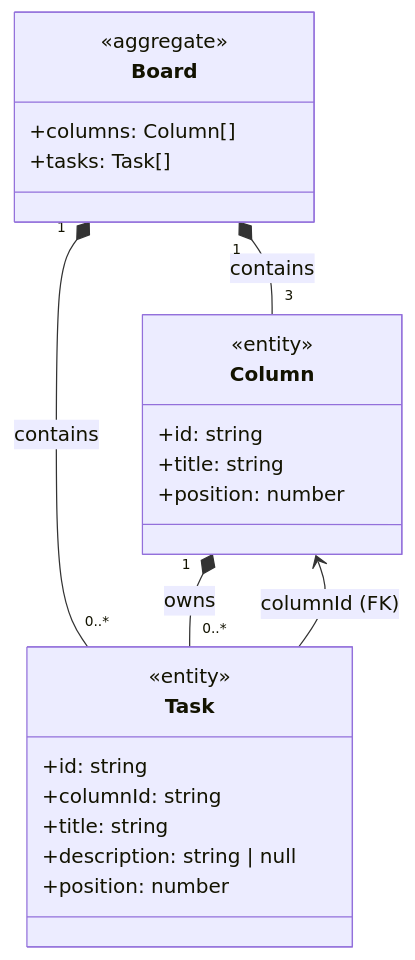
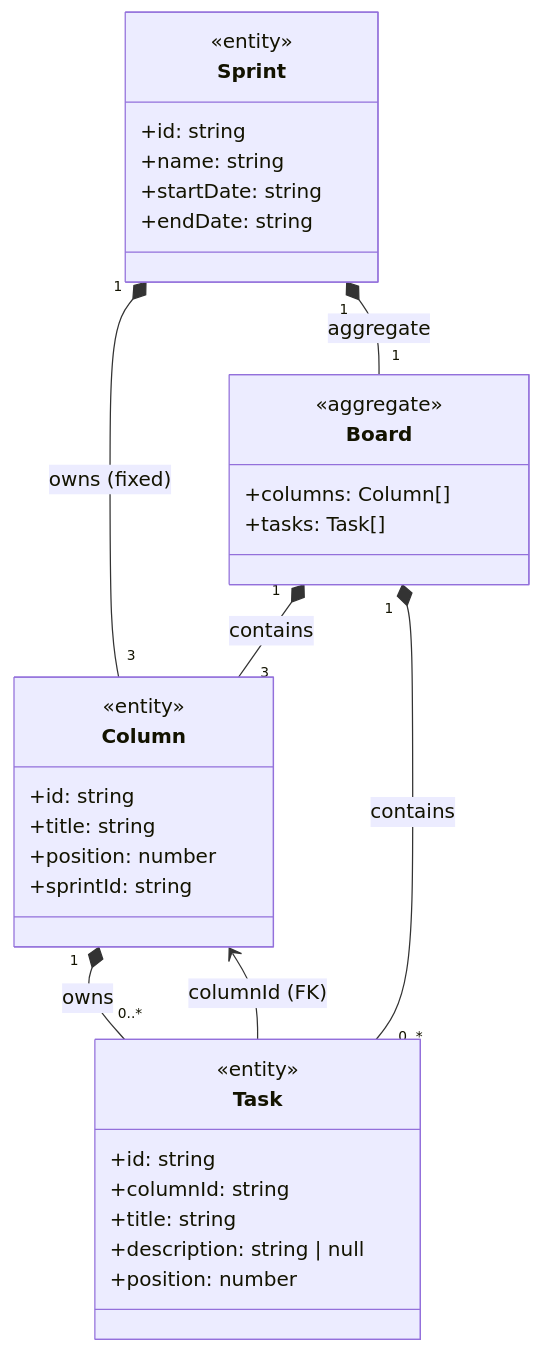
Before and after one commit to ryu1/hono-react-board-app: the first of 2 diagrams in docs/domain_model.md, drawn with Mermaid. The commit also changed other lines of this file and 8 other files, not shown here.

````diff
--- a/docs/domain_model.md
+++ b/docs/domain_model.md
@@ -16,29 +17,40 @@
 ```mermaid
 classDiagram
+    class Sprint {
+        <<entity>>
+        +id: string
+        +name: string
+        +startDate: string
+        +endDate: string
+    }
+
     class Board {
         <<aggregate>>
         +columns: Column[]
         +tasks: Task[]
     }
 
     class Column {
         <<entity>>
         +id: string
         +title: string
         +position: number
+        +sprintId: string
     }
 
     class Task {
         <<entity>>
         +id: string
         +columnId: string
         +title: string
         +description: string | null
         +position: number
     }
 
+    Sprint "1" *-- "3" Column : owns (fixed)
+    Sprint "1" *-- "1" Board : aggregate
     Board "1" *-- "3" Column : contains
     Board "1" *-- "0..*" Task : contains
     Column "1" *-- "0..*" Task : owns
     Task --> Column : columnId (FK)
 ```
````
